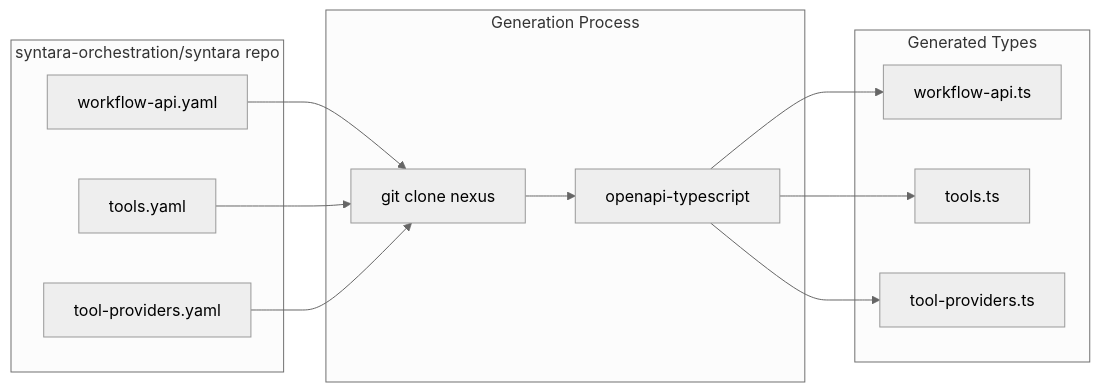
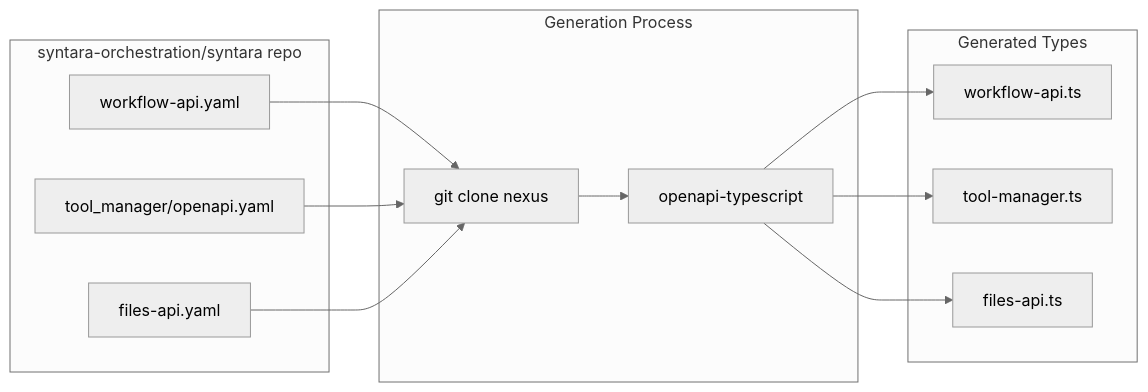
One commit to alinabuzachis/syntara changed the second of 10 diagrams in docs/data-flow.md. Above: the diagram before and after it, drawn with Mermaid (neutral theme). The commit also changed other lines of this file and 10 other files, not shown here.

First line of the commit message:
Update UI to use unified tool_manager API endpoints (#160)

````diff
--- a/docs/data-flow.md
+++ b/docs/data-flow.md
@@ -60,27 +60,27 @@
 ```mermaid
 flowchart LR
     subgraph Backend["syntara-orchestration/syntara repo"]
         W[workflow-api.yaml]
-        T[tools.yaml]
-        TP[tool-providers.yaml]
+        TM[tool_manager/openapi.yaml]
+        F[files-api.yaml]
     end
 
     subgraph Gen["Generation Process"]
         Clone[git clone nexus]
         OT["openapi-typescript"]
     end
 
     subgraph Output["Generated Types"]
         WT[workflow-api.ts]
-        TT[tools.ts]
-        TPT[tool-providers.ts]
+        TMT[tool-manager.ts]
+        FT[files-api.ts]
     end
 
     W --> Clone
-    T --> Clone
-    TP --> Clone
+    TM --> Clone
+    F --> Clone
     Clone --> OT
     OT --> WT
-    OT --> TT
-    OT --> TPT
+    OT --> TMT
+    OT --> FT
 ```
````
